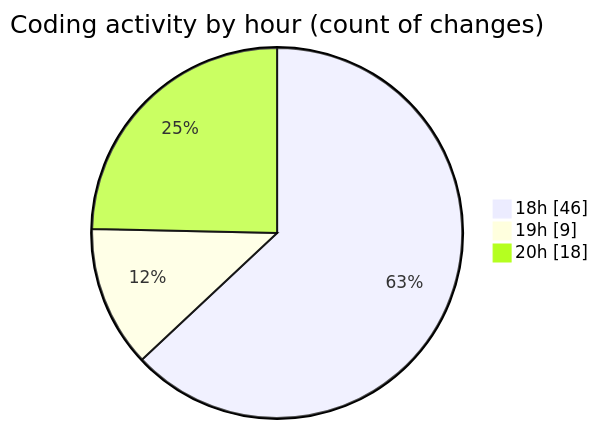
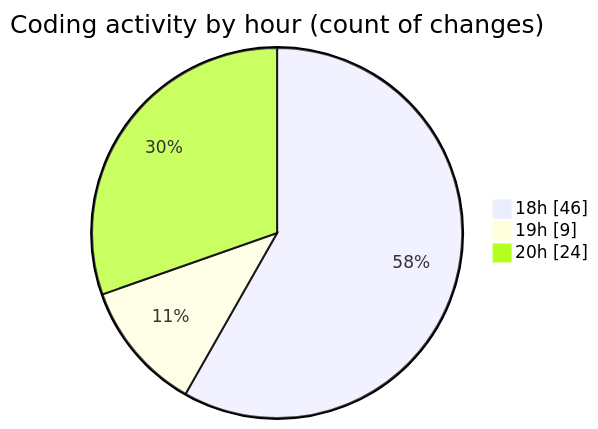
The second of 2 diagrams in 2025-07-05/hidden_search_widget/README.md (Ritupan-Deka/code-tracking), drawn with Mermaid before and after one commit. The commit also changed other lines of this file and 1 other file, not shown here.

````diff
--- a/2025-07-05/hidden_search_widget/README.md
+++ b/2025-07-05/hidden_search_widget/README.md
@@ -34,7 +34,7 @@
 ```mermaid
 pie showData
 title Coding activity by hour (count of changes)
 "18h" : 46
 "19h" : 9
-"20h" : 18
+"20h" : 24
 ```
````
